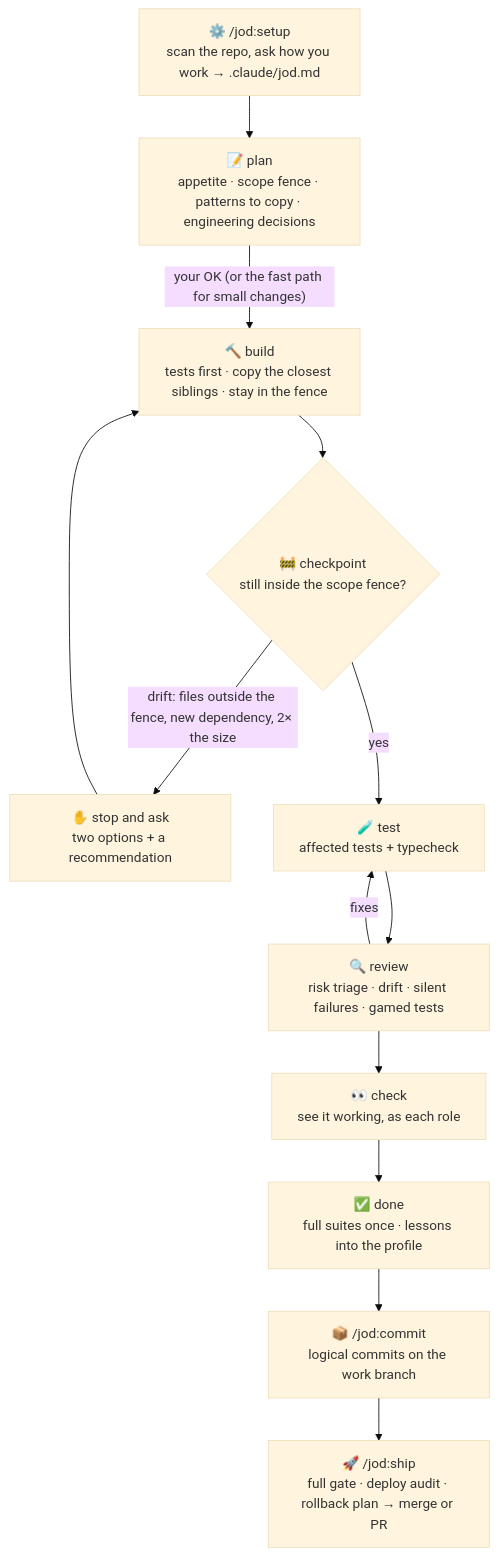
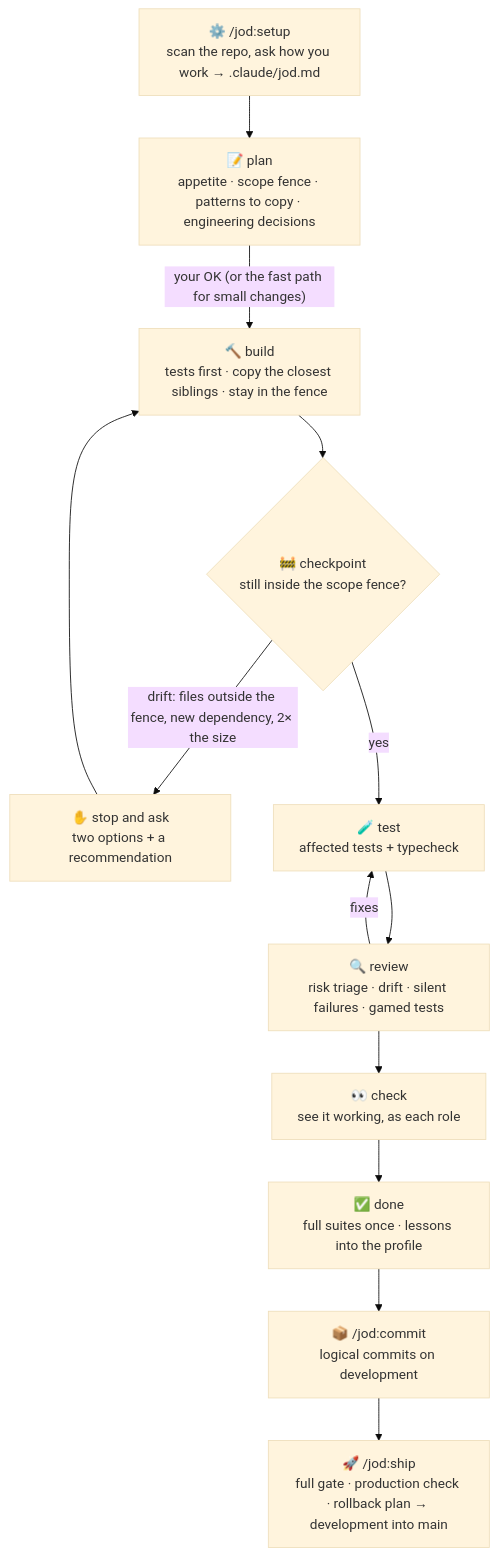
One commit to l3lackcurtains/jod changed the diagram in README.md. Above: the diagram before and after it, drawn with Mermaid (base theme). The commit also changed other lines of this file and 18 other files, not shown here.

First line of the commit message:
feat: v1.6, development → main flow and a production check in /jod:ship

````diff
--- a/README.md
+++ b/README.md
@@ -68,16 +68,16 @@
 ```mermaid
 flowchart TD
     S["⚙️ /jod:setup<br/>scan the repo, ask how you work → .claude/jod.md"]
     S --> P["📝 plan<br/>appetite · scope fence · patterns to copy · engineering decisions"]
     P -->|"your OK (or the fast path for small changes)"| B["🔨 build<br/>tests first · copy the closest siblings · stay in the fence"]
     B --> C{"🚧 checkpoint<br/>still inside the scope fence?"}
     C -->|"drift: files outside the fence, new dependency, 2× the size"| Q["✋ stop and ask<br/>two options + a recommendation"]
     Q --> B
     C -->|yes| T["🧪 test<br/>affected tests + typecheck"]
     T --> R["🔍 review<br/>risk triage · drift · silent failures · gamed tests"]
     R -->|"fixes"| T
     R --> K["👀 check<br/>see it working, as each role"]
     K --> D["✅ done<br/>full suites once · lessons into the profile"]
-    D --> CM["📦 /jod:commit<br/>logical commits on the work branch"]
-    CM --> SH["🚀 /jod:ship<br/>full gate · deploy audit · rollback plan → merge or PR"]
+    D --> CM["📦 /jod:commit<br/>logical commits on development"]
+    CM --> SH["🚀 /jod:ship<br/>full gate · production check · rollback plan → development into main"]
 ```
````
